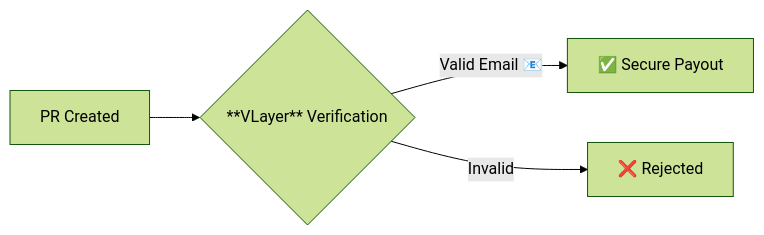
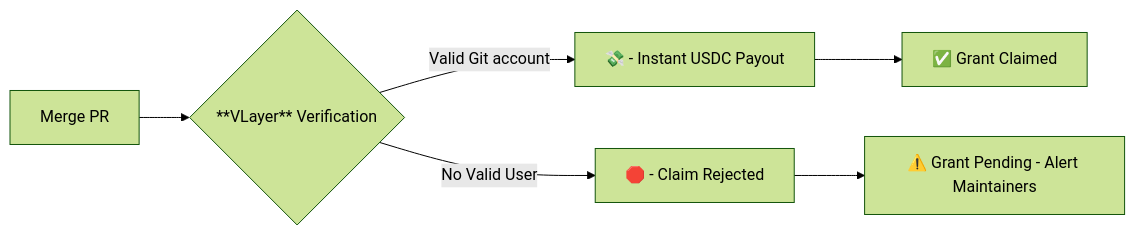
The fourth of 4 diagrams in README.md (b3ww/ethglobal), drawn with Mermaid (forest theme) before and after one commit. The commit also changed other lines of this file and 1 other file, not shown here.

````diff
--- a/README.md
+++ b/README.md
@@ -104,6 +98,9 @@
 ```mermaid
 graph LR
-    A[PR Created] --> B{**VLayer** Verification}
-    B -->|Valid Email 📧| C[✅ Secure Payout]
-    B -->|Invalid| D[❌ Rejected]
+    A[Merge PR] --> B{**VLayer** Verification}
+    B -->|Valid Git account| C[💸 - Instant USDC Payout]
+    C --> L[✅ Grant Claimed]
+    B -->|No Valid User| D[🛑 - Claim Rejected]
+    D --> M[⚠️ Grant Pending - Alert Maintainers]
+
 ```
````
